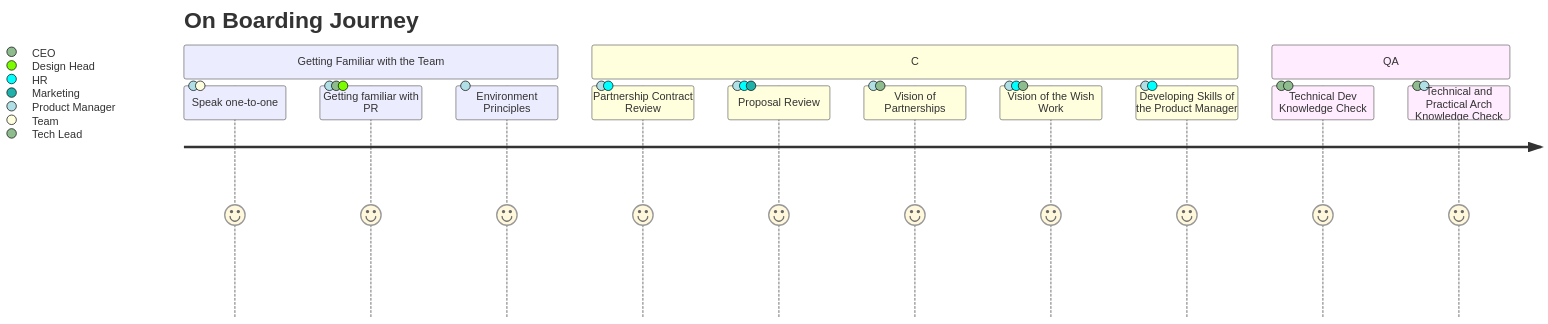
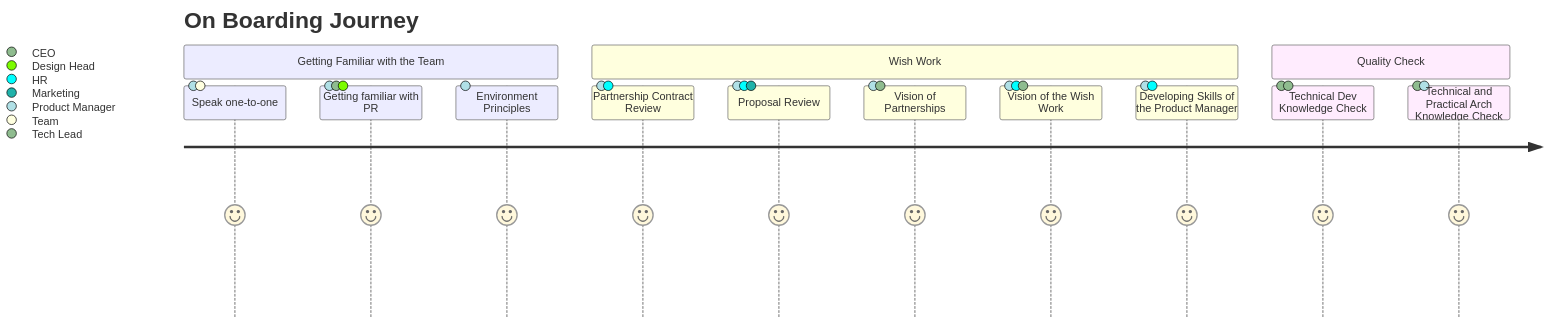
Before and after one commit to wish-team/onboarding: the diagram in product_manager/README.md, drawn with Mermaid.

Commit message:
revise pm journey

````diff
--- a/product_manager/README.md
+++ b/product_manager/README.md
@@ -4,20 +4,20 @@
 ```mermaid
 
 journey
 
     title On Boarding Journey
     section Getting Familiar with the Team
       Speak one-to-one: 5: Product Manager, Team
       Getting familiar with PR: 5: Product Manager, Tech Lead, Design Head
       Environment Principles: 5: Product Manager
-    section C
+    section Wish Work
       Partnership Contract Review: 5: Product Manager, HR
       Proposal Review: 5: Product Manager, HR, Marketing
       Vision of Partnerships: 5: Product Manager, CEO
       Vision of the Wish Work :5: Product Manager, HR, CEO
       Developing Skills of the Product Manager: 5: Product Manager, HR
-    section QA
+    section Quality Check
       Technical Dev Knowledge Check: 5: Tech Lead, CEO
       Technical and Practical Arch Knowledge Check: 5: CEO, Product Manager
 
 ```
````
